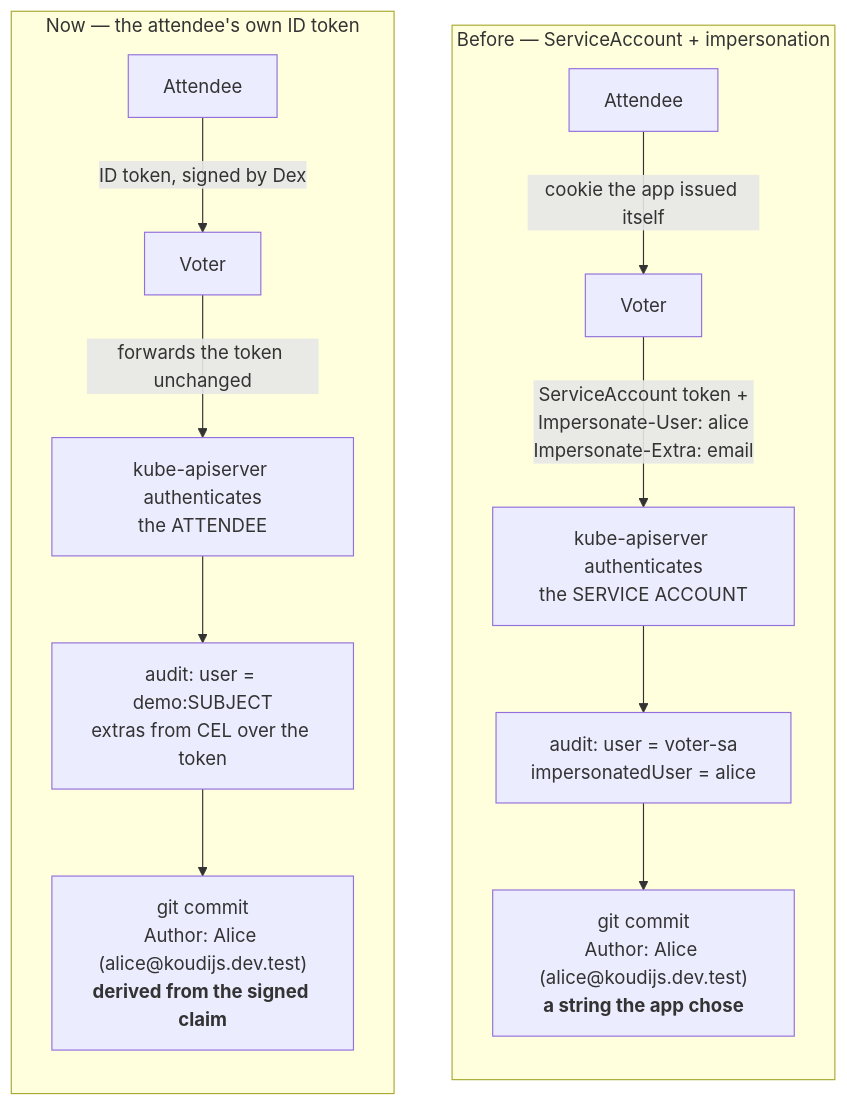
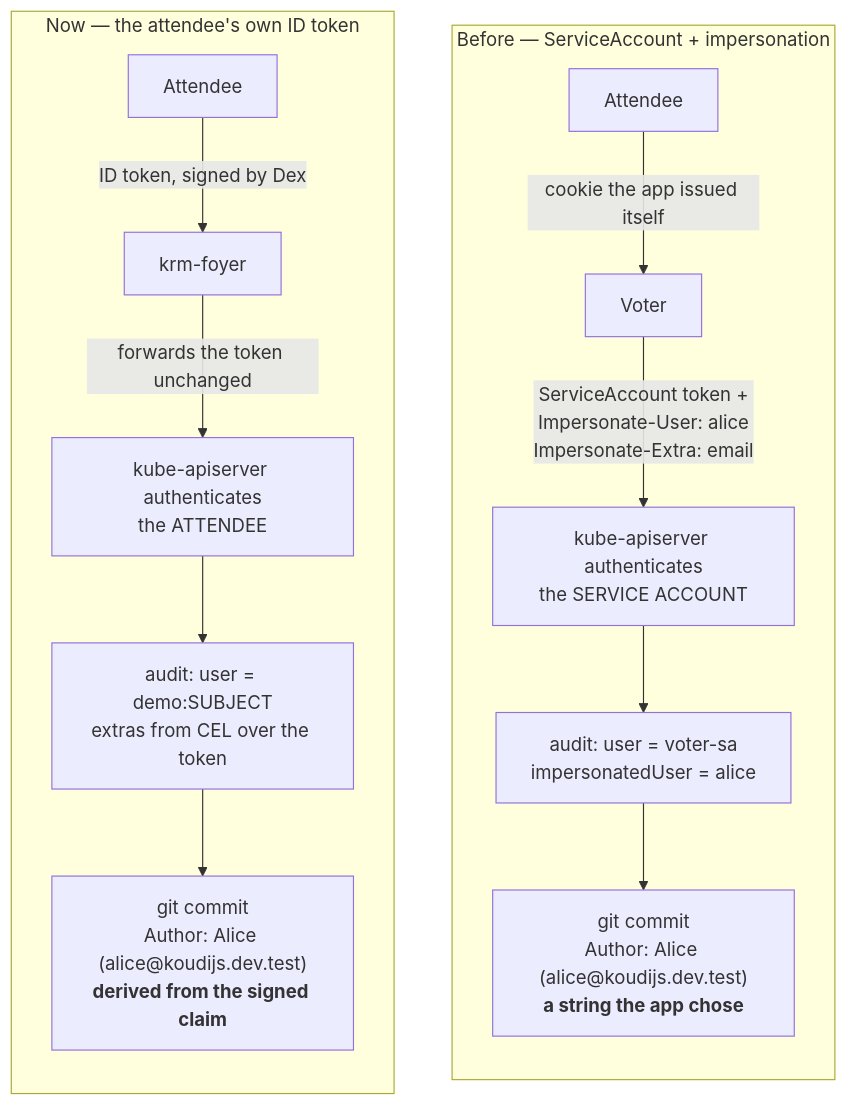
The third of 4 diagrams in docs/presentation-diagrams.md (sunib/voter), drawn with Mermaid before and after one commit. The commit also changed other lines of this file and 23 other files, not shown here.

First line of the commit message:
docs: the system as it runs after the krm-foyer cutover (#29)

````diff
--- a/docs/presentation-diagrams.md
+++ b/docs/presentation-diagrams.md
@@ -113,18 +128,18 @@
 ```mermaid
 flowchart TB
     subgraph OLD["Before — ServiceAccount + impersonation"]
         direction TB
         A1["Attendee"] -->|"cookie the app issued itself"| A2["Voter"]
         A2 -->|"ServiceAccount token +<br/>Impersonate-User: alice<br/>Impersonate-Extra: email"| A3["kube-apiserver authenticates<br/>the SERVICE ACCOUNT"]
         A3 --> A4["audit: user = voter-sa<br/>impersonatedUser = alice"]
         A4 --> A5["git commit<br/>Author: Alice (alice@koudijs.dev.test)<br/><b>a string the app chose</b>"]
     end
 
     subgraph NEW["Now — the attendee's own ID token"]
         direction TB
-        B1["Attendee"] -->|"ID token, signed by Dex"| B2["Voter"]
+        B1["Attendee"] -->|"ID token, signed by Dex"| B2["krm-foyer"]
         B2 -->|"forwards the token unchanged"| B3["kube-apiserver authenticates<br/>the ATTENDEE"]
         B3 --> B4["audit: user = demo:SUBJECT<br/>extras from CEL over the token"]
         B4 --> B5["git commit<br/>Author: Alice (alice@koudijs.dev.test)<br/><b>derived from the signed claim</b>"]
     end
 ```
````
